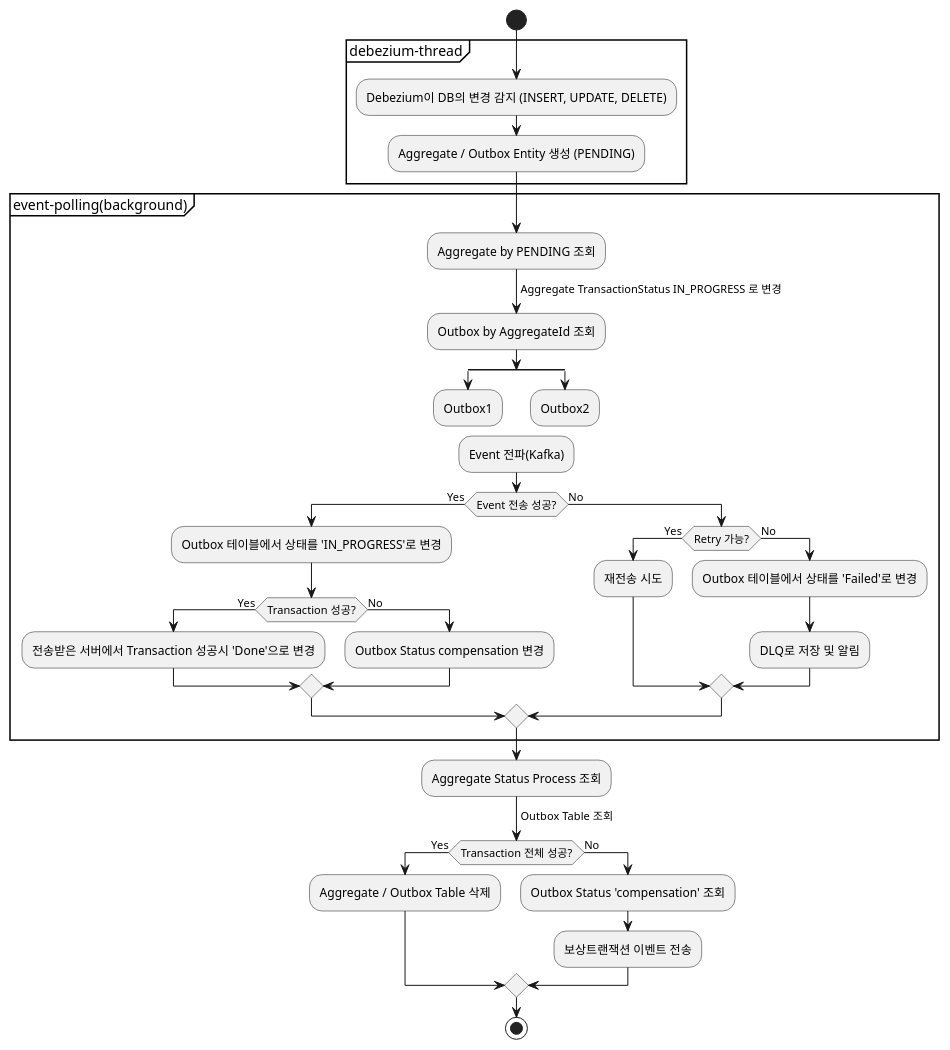
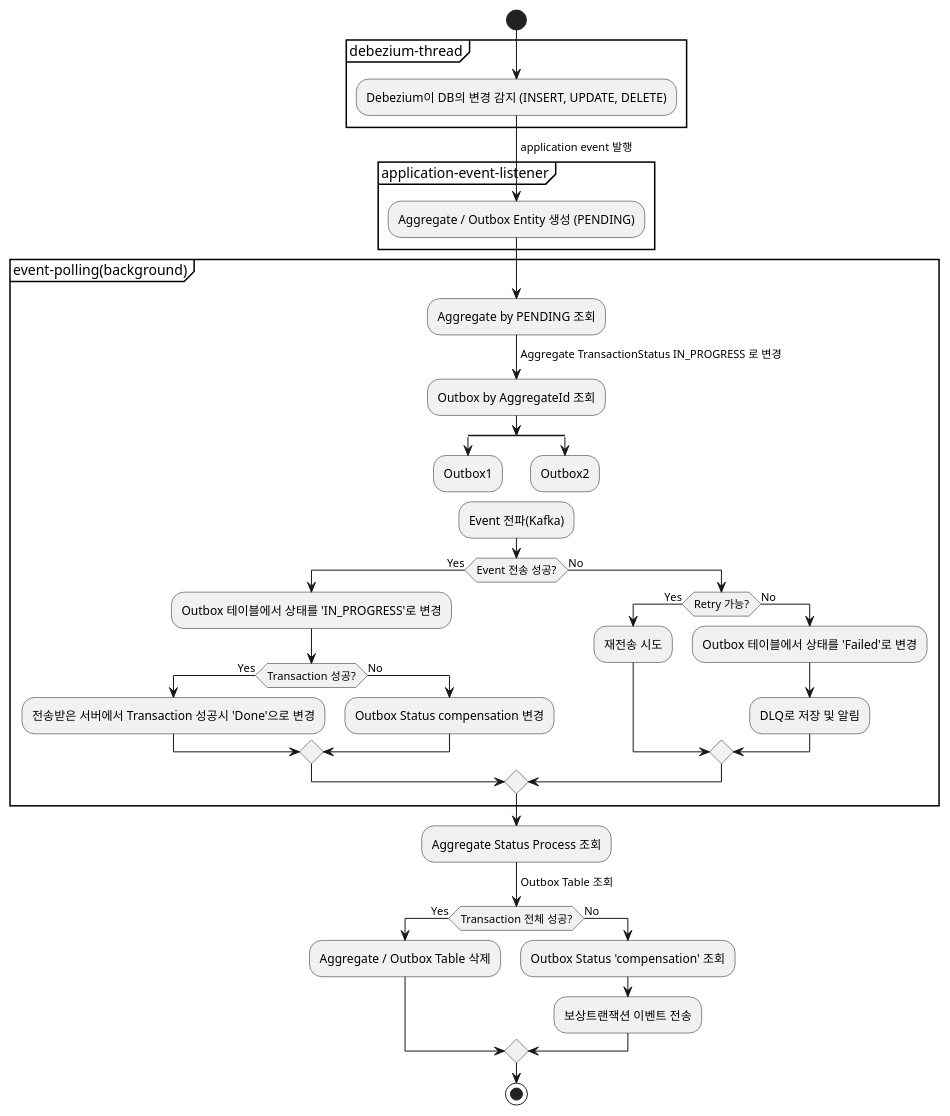
Before and after one commit to PARKPARKWOO/orchestrator: the diagram in docs/[flow]outbox.puml, drawn with PlantUML. The commit also changed 23 other files, not shown here.

Commit message:
feat: Add kafka configuration And application event listener

```diff
--- a/docs/[flow]outbox.puml
+++ b/docs/[flow]outbox.puml
@@ -1,49 +1,53 @@
 @startuml
 start
 group debezium-thread
     :Debezium이 DB의 변경 감지 (INSERT, UPDATE, DELETE);
+    -> application event 발행;
+end group
+
+group application-event-listener
     :Aggregate / Outbox Entity 생성 (PENDING);
 end group
 
 group event-polling(background)
     :Aggregate by PENDING 조회;
     -> Aggregate TransactionStatus IN_PROGRESS 로 변경;
     :Outbox by AggregateId 조회;
 
 split
     :Outbox1;
     detach
 split again
     :Outbox2;
     detach
 split end
 
 :Event 전파(Kafka);
 
 if (Event 전송 성공?) then (Yes)
     :Outbox 테이블에서 상태를 'IN_PROGRESS'로 변경;
     if (Transaction 성공?) then (Yes)
         :전송받은 서버에서 Transaction 성공시 'Done'으로 변경;
     else (No)
         :Outbox Status compensation 변경;
     endif
 else (No)
     if (Retry 가능?) then (Yes)
         :재전송 시도;
     else (No)
         :Outbox 테이블에서 상태를 'Failed'로 변경;
         :DLQ로 저장 및 알림;
     endif
 endif
 end group
 :Aggregate Status Process 조회;
 -> Outbox Table 조회;
 if (Transaction 전체 성공?) then (Yes)
     :Aggregate / Outbox Table 삭제;
 
 else (No)
     :Outbox Status 'compensation' 조회;
     :보상트랜잭션 이벤트 전송;
 endif
 stop
 @enduml
```
